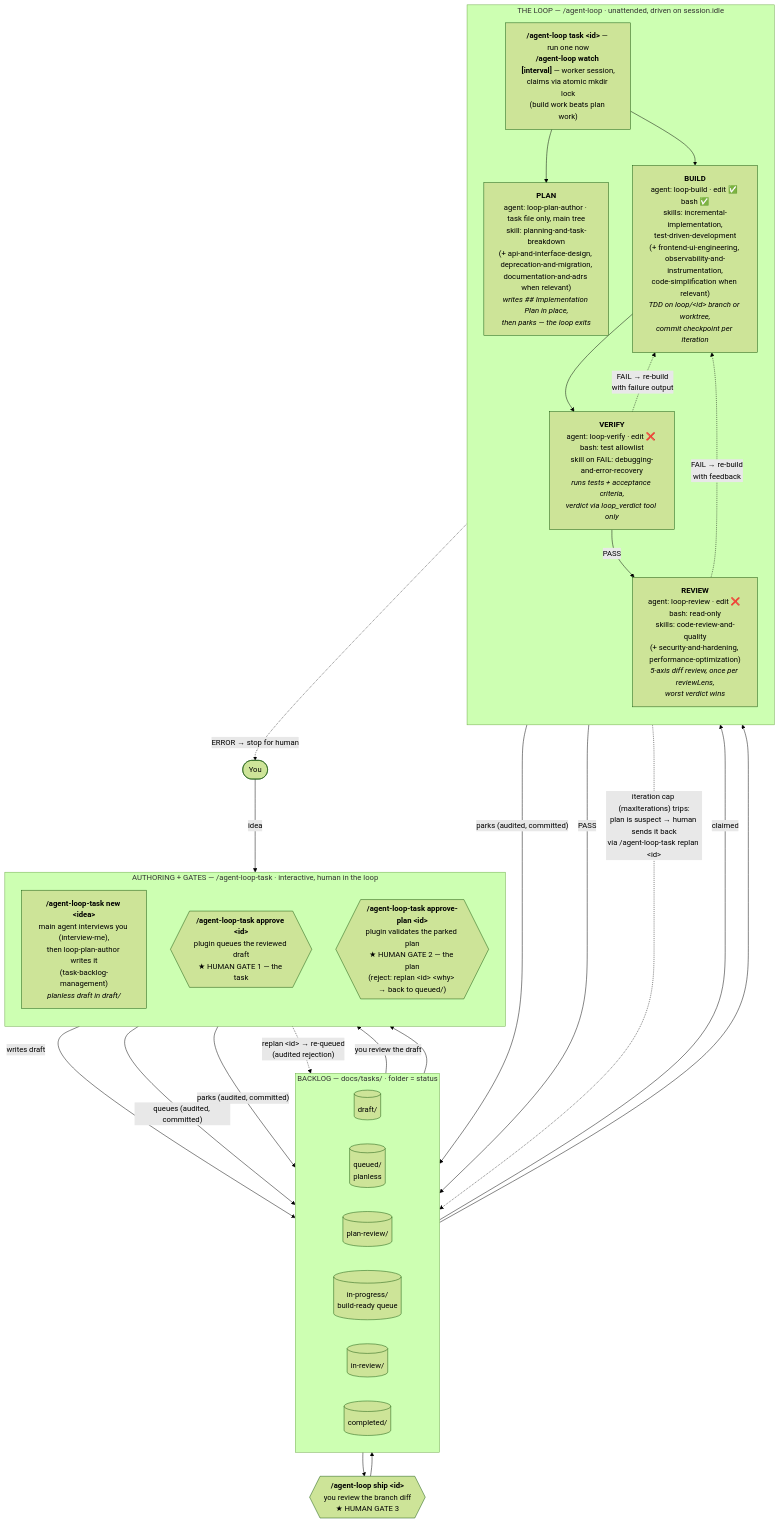
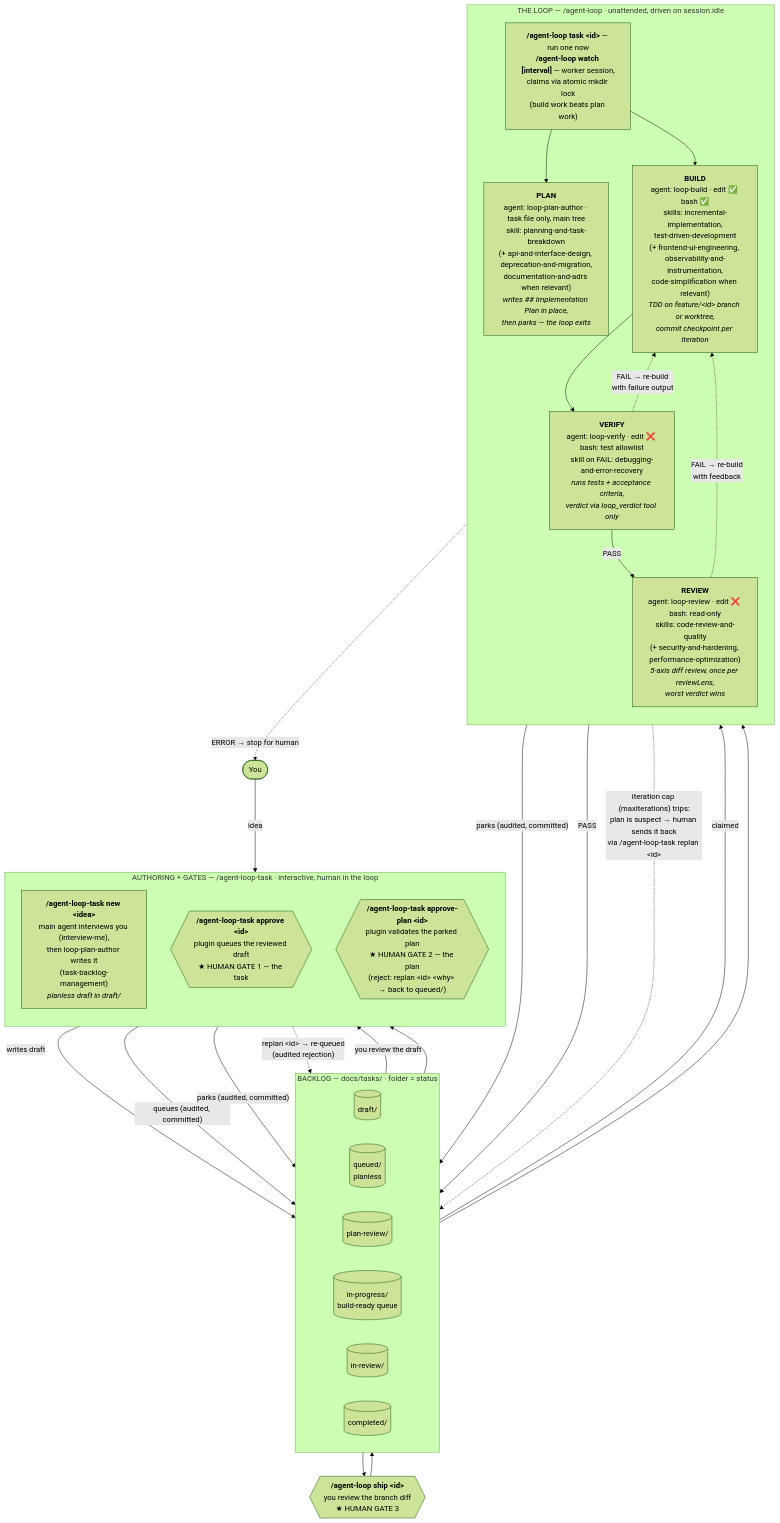
One commit to yenchang265-afk/agentic-workflow changed the second of 4 diagrams in docs/architecture.md. Above: the diagram before and after it, drawn with Mermaid (forest theme). The commit also changed 21 other files, not shown here.

First line of the commit message:
refactor: rename loop branch prefix loop/* → feature/*

````diff
--- a/docs/architecture.md
+++ b/docs/architecture.md
@@ -95,54 +95,54 @@
 ```mermaid
 flowchart TB
     You([You])
 
     subgraph authoring["AUTHORING + GATES — /agent-loop-task · interactive, human in the loop"]
         direction TB
         new["<b>/agent-loop-task new &lt;idea&gt;</b><br/>main agent interviews you (interview-me),<br/>then loop-plan-author writes it<br/>(task-backlog-management)<br/><i>planless draft in draft/</i>"]
         approve{{"<b>/agent-loop-task approve &lt;id&gt;</b><br/>plugin queues the reviewed draft<br/>★ HUMAN GATE 1 — the task"}}
         approveplan{{"<b>/agent-loop-task approve-plan &lt;id&gt;</b><br/>plugin validates the parked plan<br/>★ HUMAN GATE 2 — the plan<br/>(reject: replan &lt;id&gt; &lt;why&gt; → back to queued/)"}}
     end
 
     subgraph backlog["BACKLOG — docs/tasks/ · folder = status"]
         direction LR
         draft[("draft/")]
         queued[("queued/<br/>planless")]
         planreview[("plan-review/")]
         inprogress[("in-progress/<br/>build-ready queue")]
         inreview[("in-review/")]
         completed[("completed/")]
     end
 
     subgraph execution["THE LOOP — /agent-loop · unattended, driven on session.idle"]
         direction TB
         claim["<b>/agent-loop task &lt;id&gt;</b> — run one now<br/><b>/agent-loop watch [interval]</b> — worker session,<br/>claims via atomic mkdir lock<br/>(build work beats plan work)"]
         planstage["<b>PLAN</b><br/>agent: loop-plan-author · task file only, main tree<br/>skill: planning-and-task-breakdown<br/>(+ api-and-interface-design, deprecation-and-migration,<br/>documentation-and-adrs when relevant)<br/><i>writes ## Implementation Plan in place,<br/>then parks — the loop exits</i>"]
-        build["<b>BUILD</b><br/>agent: loop-build · edit ✅ bash ✅<br/>skills: incremental-implementation,<br/>test-driven-development<br/>(+ frontend-ui-engineering, observability-and-instrumentation,<br/>code-simplification when relevant)<br/><i>TDD on loop/&lt;id&gt; branch or worktree,<br/>commit checkpoint per iteration</i>"]
+        build["<b>BUILD</b><br/>agent: loop-build · edit ✅ bash ✅<br/>skills: incremental-implementation,<br/>test-driven-development<br/>(+ frontend-ui-engineering, observability-and-instrumentation,<br/>code-simplification when relevant)<br/><i>TDD on feature/&lt;id&gt; branch or worktree,<br/>commit checkpoint per iteration</i>"]
         verify["<b>VERIFY</b><br/>agent: loop-verify · edit ❌ bash: test allowlist<br/>skill on FAIL: debugging-and-error-recovery<br/><i>runs tests + acceptance criteria,<br/>verdict via loop_verdict tool only</i>"]
         review["<b>REVIEW</b><br/>agent: loop-review · edit ❌ bash: read-only<br/>skills: code-review-and-quality<br/>(+ security-and-hardening, performance-optimization)<br/><i>5-axis diff review, once per reviewLens,<br/>worst verdict wins</i>"]
     end
 
     ship{{"<b>/agent-loop ship &lt;id&gt;</b><br/>you review the branch diff<br/>★ HUMAN GATE 3"}}
 
     You -->|"idea"| new
     new -->|"writes draft"| draft
     draft -->|"you review the draft"| approve
     approve -->|"queues (audited, committed)"| queued
     queued -->|"claimed"| claim
     claim --> planstage
     planstage -->|"parks (audited, committed)"| planreview
     planreview --> approveplan
     approveplan -->|"parks (audited, committed)"| inprogress
     approveplan -.->|"replan &lt;id&gt; → re-queued<br/>(audited rejection)"| queued
     inprogress --> claim
     claim --> build
     build --> verify
     verify -->|"PASS"| review
     verify -.->|"FAIL → re-build<br/>with failure output"| build
     review -.->|"FAIL → re-build<br/>with feedback"| build
     review -->|"PASS"| inreview
     inreview --> ship
     ship --> completed
     build -.->|"iteration cap (maxIterations) trips:<br/>plan is suspect → human sends it back<br/>via /agent-loop-task replan &lt;id&gt;"| queued
     verify -.->|"ERROR → stop for human"| You
 ```
````
